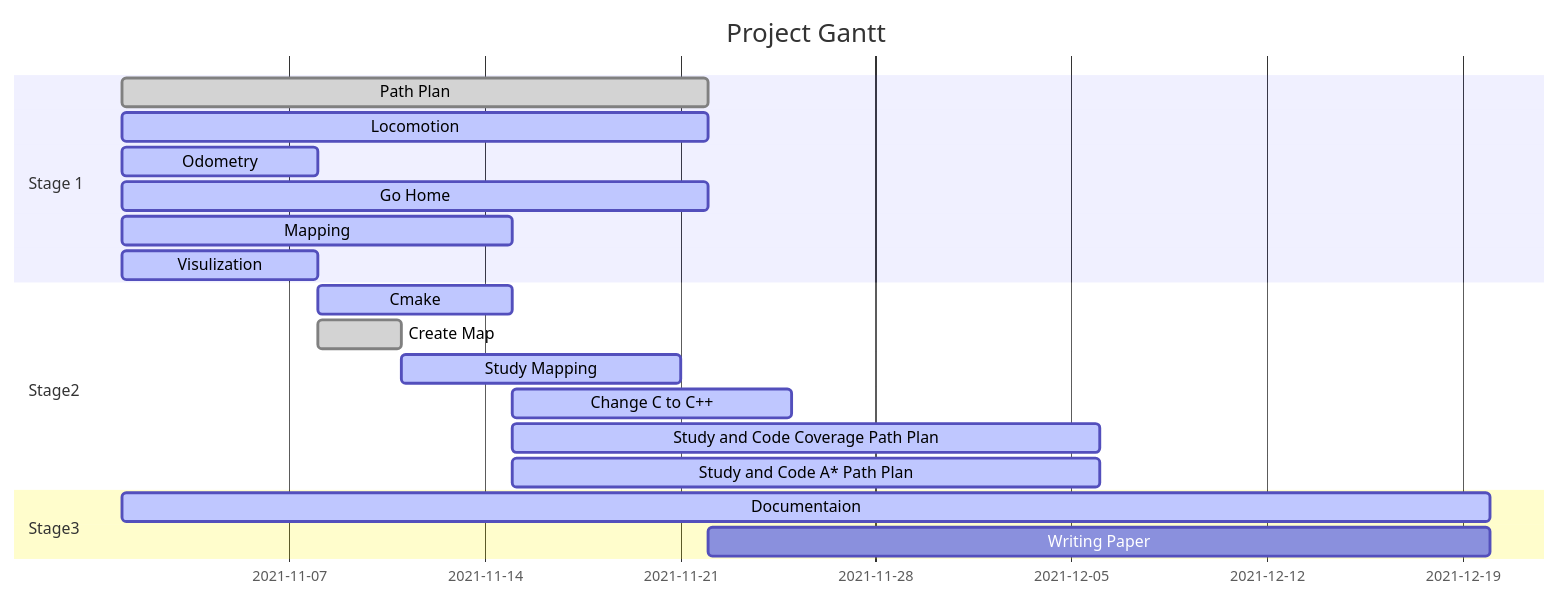
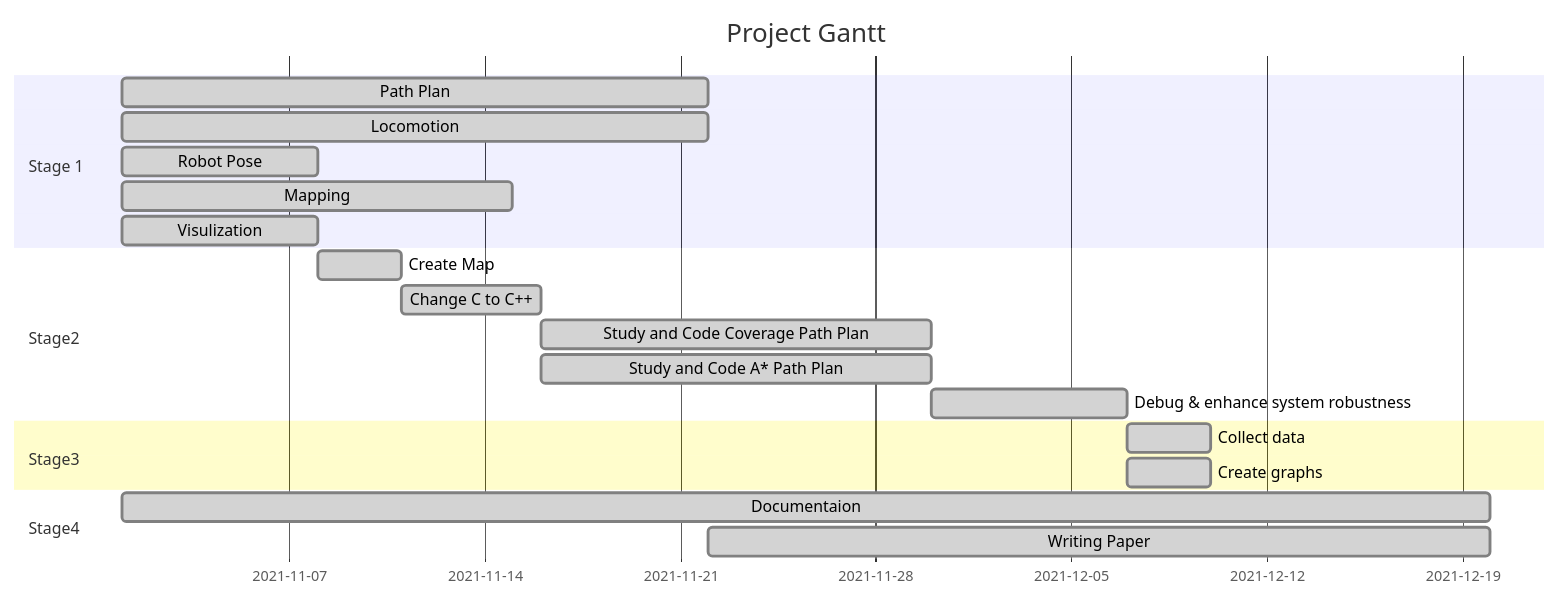
Before and after one commit to Alexbeast-CN/Robot_navigation_webots: the diagram in README.md, drawn with Mermaid. The commit also changed other lines of this file and 11 other files, not shown here.

````diff
--- a/README.md
+++ b/README.md
@@ -11,31 +50,29 @@
 ```mermaid
 gantt
 
 title Project Gantt
 dateFormat YY-MM-DD
 
     section Stage 1
     Path Plan             :done, des2, 21-11-01, 3w
-    Locomotion            :active, des2, 21-11-01, 3w
-    Odometry              :active, des1, 21-11-01, 1w
-    Go Home               :active, des2, 21-11-01, 3w
-    Mapping               :active, des1, 21-11-01, 2w
-    Visulization          :active, des1, 21-11-01, 1w
+    Locomotion            :done, des2, 21-11-01, 3w
+    Robot Pose            :done, des1, 21-11-01, 1w
+    Mapping               :done, des1, 21-11-01, 2w
+    Visulization          :done, des1, 21-11-01, 1w
 
     section Stage2
-    Cmake                 :active, des6, after des1, 1w
-    Create Map            :done, des3, after des1, 3d
-    Study Mapping         :active, des4, after des3, 10d
+    Create Map                            :done, des3, after des1, 3d
+    Change C to C++                       :done, des4, after des3, 5d  
+    Study and Code Coverage Path Plan     :done, des5, after des4, 2w
+    Study and Code A* Path Plan           :done, des5, after des4, 2w
+    Debug & enhance system robustness     :done, des6, after des5, 1w
+    
+    section Stage3
+    Collect data     :done, des7, after des6, 3d
+    Create graphs    :done, des7, after des6, 3d
 
-    Change C to C++       :active, des5, after des6, 10d
-    
-    Study and Code Coverage Path Plan    :active, des5, after des6, 3w
-
-    Study and Code A* Path Plan    :active, des5, after des6, 3w
-    
-
-    section Stage3
-    Documentaion          :active, 21-11-01,7w
-    Writing Paper                 :after des2, 4w
+    section Stage4
+    Documentaion                  :done, 21-11-01,7w
+    Writing Paper                 :done, after des2, 4w
 
 ```
````
